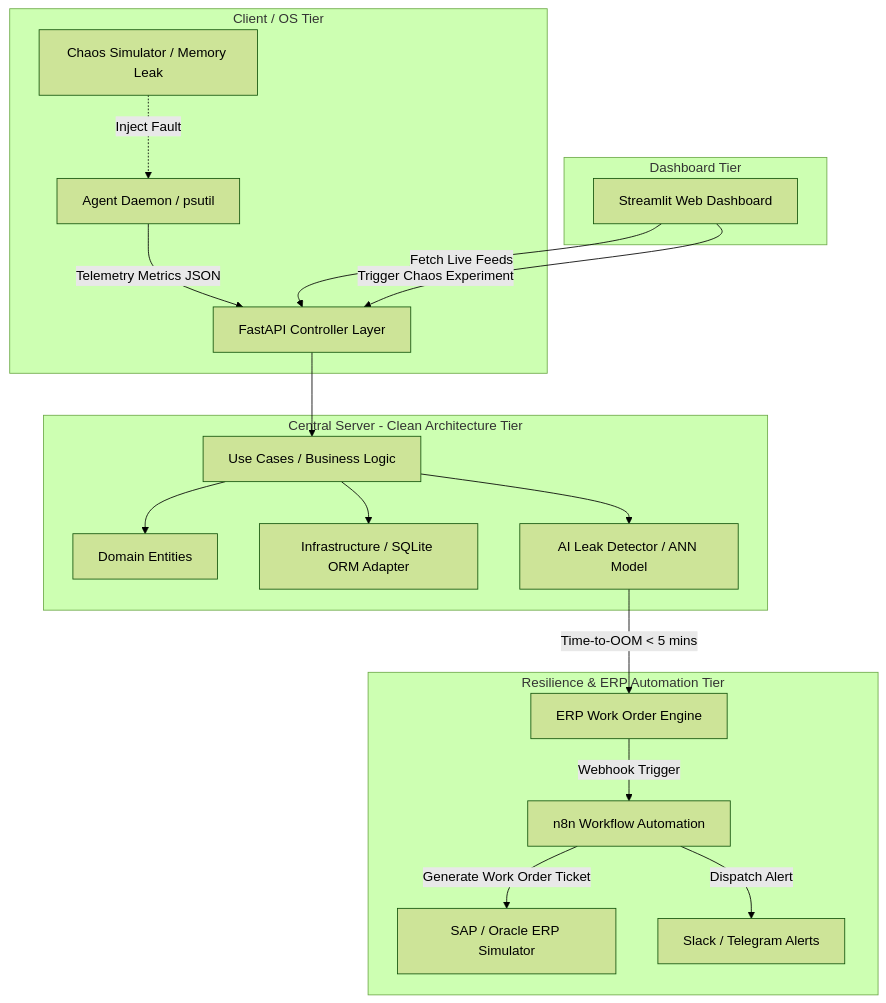
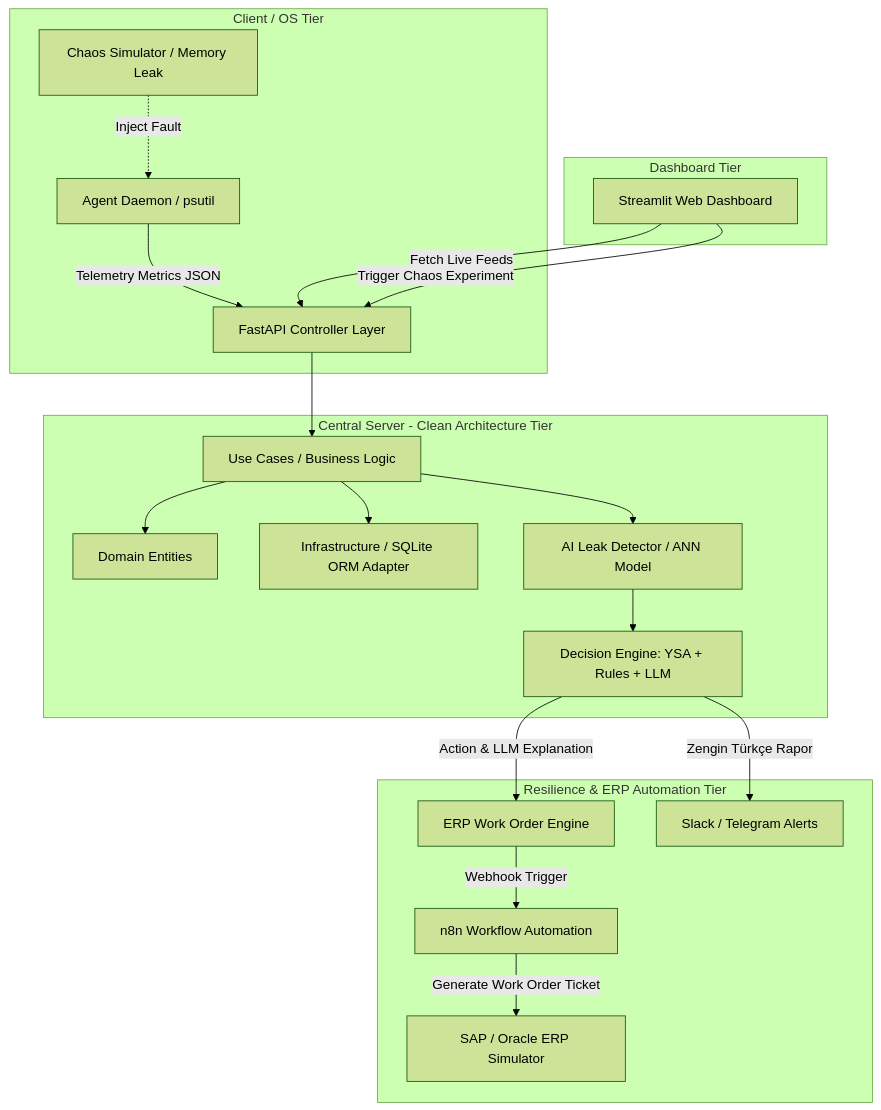
Before and after one commit to elifnazkidil/ai-chaos-platform: the diagram in README.md, drawn with Mermaid (forest theme). The commit also changed other lines of this file and 1 other file, not shown here.

Commit message:
docs: Update README with LLM Decision Engine and monitor integration

````diff
--- a/README.md
+++ b/README.md
@@ -31,26 +33,27 @@
 ```mermaid
 graph TD
     subgraph Client / OS Tier
         A[Agent Daemon / psutil] -->|Telemetry Metrics JSON| B[FastAPI Controller Layer]
         C[Chaos Simulator / Memory Leak] -.->|Inject Fault| A
     end
 
     subgraph Central Server - Clean Architecture Tier
         B --> D[Use Cases / Business Logic]
         D --> E[Domain Entities]
         D --> F[Infrastructure / SQLite ORM Adapter]
         D --> G[AI Leak Detector / ANN Model]
+        G --> L[Decision Engine: YSA + Rules + LLM]
     end
 
     subgraph Resilience & ERP Automation Tier
-        G -->|Time-to-OOM < 5 mins| H[ERP Work Order Engine]
+        L -->|Action & LLM Explanation| H[ERP Work Order Engine]
+        L -->|Zengin Türkçe Rapor| J[Slack / Telegram Alerts]
         H -->|Webhook Trigger| N[n8n Workflow Automation]
         N -->|Generate Work Order Ticket| I[SAP / Oracle ERP Simulator]
-        N -->|Dispatch Alert| J[Slack / Telegram Alerts]
     end
 
     subgraph Dashboard Tier
         K[Streamlit Web Dashboard] -->|Fetch Live Feeds| B
         K -->|Trigger Chaos Experiment| B
     end
 ```
````
